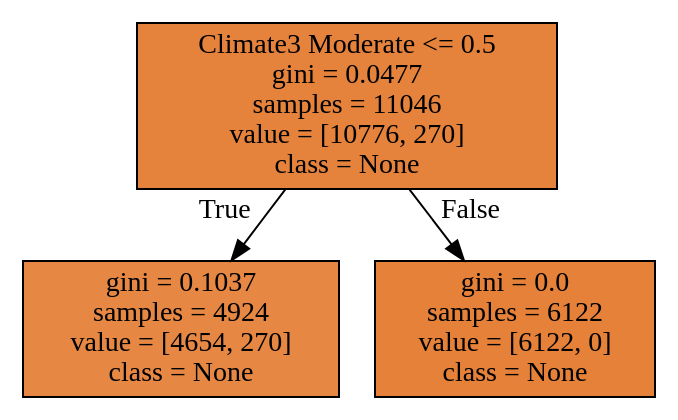
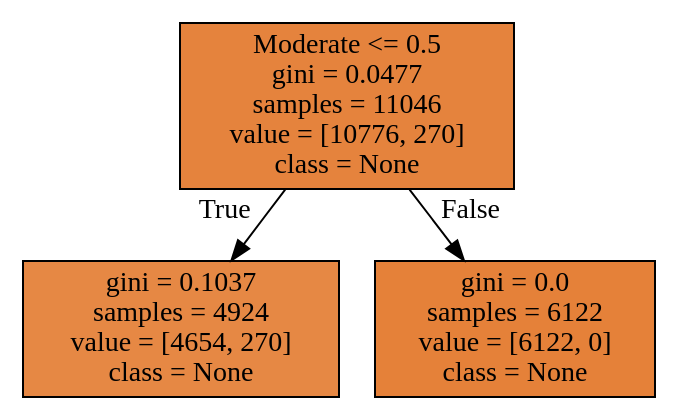
One commit to hackingmaterials/duramat changed the diagram in degradation_modes/output/Cause Permanent soiling.dot. Above: the diagram before and after it, drawn with Graphviz. The commit also changed 22 other files, not shown here.

```diff
--- a/degradation_modes/output/Cause Permanent soiling.dot
+++ b/degradation_modes/output/Cause Permanent soiling.dot
@@ -1,8 +1,8 @@
 digraph Tree {
 node [shape=box, style="filled", color="black"] ;
-0 [label="Climate3 Moderate <= 0.5\ngini = 0.0477\nsamples = 11046\nvalue = [10776, 270]\nclass = None", fillcolor="#e58139f9"] ;
+0 [label="Moderate <= 0.5\ngini = 0.0477\nsamples = 11046\nvalue = [10776, 270]\nclass = None", fillcolor="#e58139f9"] ;
 1 [label="gini = 0.1037\nsamples = 4924\nvalue = [4654, 270]\nclass = None", fillcolor="#e58139f0"] ;
 0 -> 1 [labeldistance=2.5, labelangle=45, headlabel="True"] ;
 2 [label="gini = 0.0\nsamples = 6122\nvalue = [6122, 0]\nclass = None", fillcolor="#e58139ff"] ;
 0 -> 2 [labeldistance=2.5, labelangle=-45, headlabel="False"] ;
 }
```
